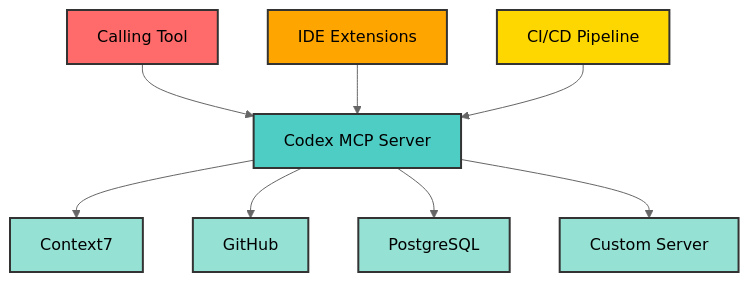
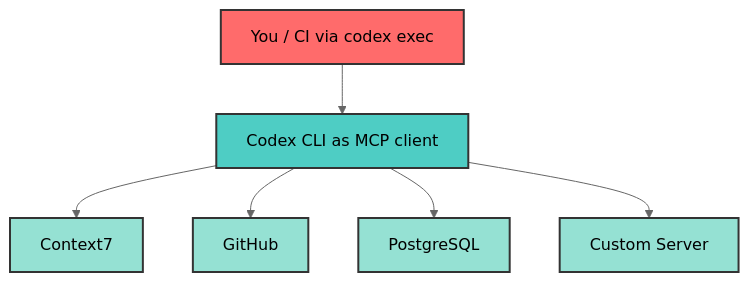
Before and after one commit to kousen/codex-training: the fifth of 5 diagrams in slides.md, drawn with Mermaid (neutral theme). The commit also changed other lines of this file and 12 other files, not shown here.

First line of the commit message:
docs: refresh for codex-cli 0.156.1 (GPT-6 models, remove mcp-server)

````diff
--- a/slides.md
+++ b/slides.md
@@ -1312,20 +1291,16 @@
 ```mermaid
 flowchart TB
-    TOOL[Calling Tool] --> CM[Codex MCP Server]
-    IDE[IDE Extensions] --> CM
-    CI[CI/CD Pipeline] --> CM
+    YOU[You / CI via codex exec] --> CM[Codex CLI as MCP client]
 
     CM --> C7[Context7]
     CM --> GH[GitHub]
     CM --> PG[PostgreSQL]
     CM --> Custom[Custom Server]
 
-    style TOOL fill:#FF6B6B,stroke:#333,stroke-width:2px,color:#000
+    style YOU fill:#FF6B6B,stroke:#333,stroke-width:2px,color:#000
     style CM fill:#4ECDC4,stroke:#333,stroke-width:2px,color:#000
-    style IDE fill:#FFA500,stroke:#333,stroke-width:2px,color:#000
-    style CI fill:#FFD700,stroke:#333,stroke-width:2px,color:#000
     style C7 fill:#95E1D3,stroke:#333,stroke-width:2px,color:#000
     style GH fill:#95E1D3,stroke:#333,stroke-width:2px,color:#000
     style PG fill:#95E1D3,stroke:#333,stroke-width:2px,color:#000
     style Custom fill:#95E1D3,stroke:#333,stroke-width:2px,color:#000
 ```
````
